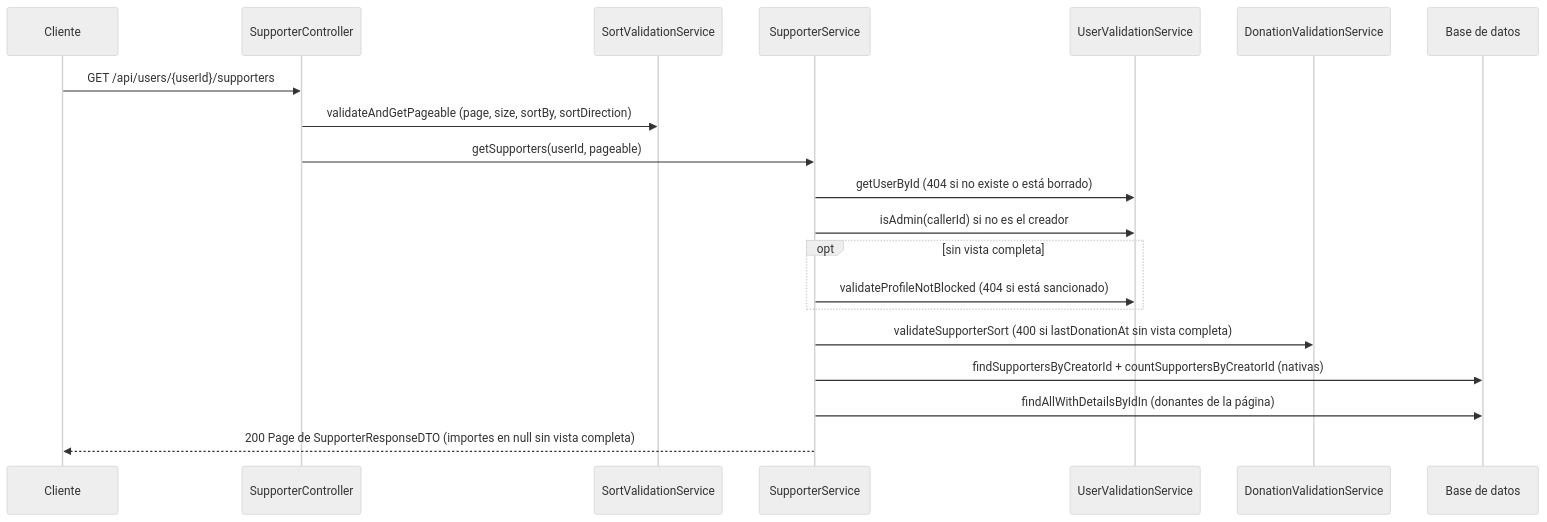
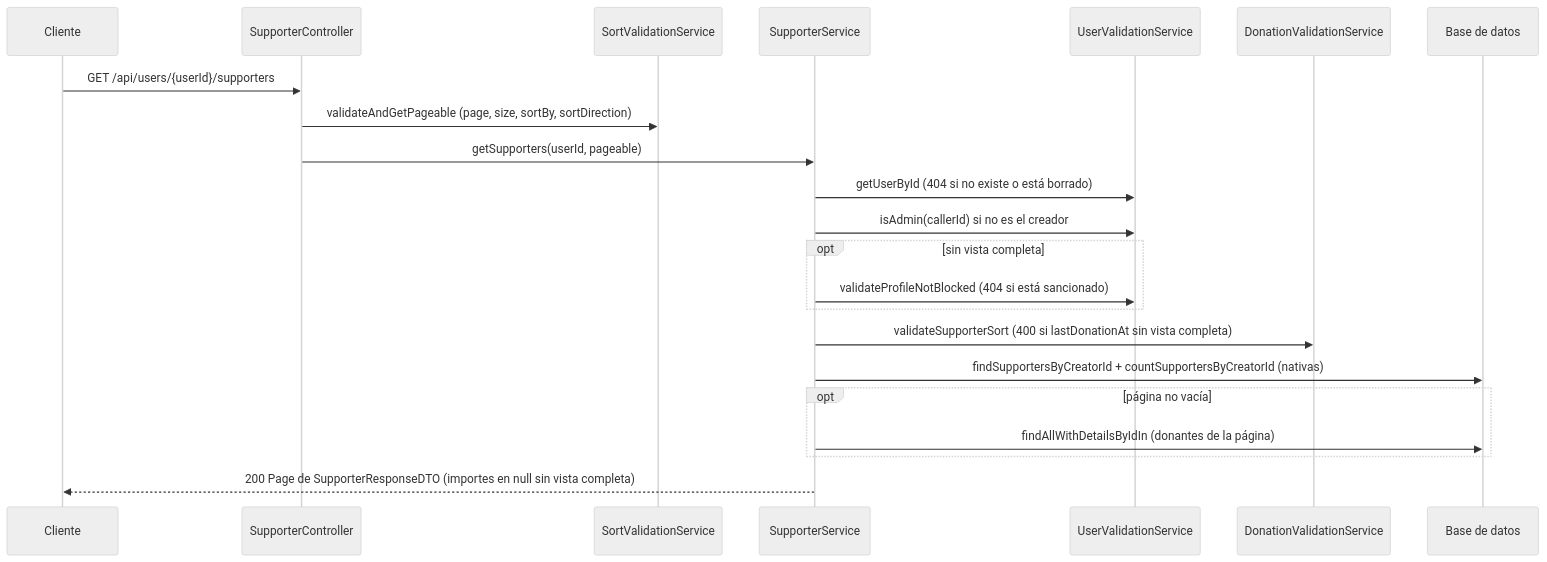
One commit to joseph517/vapati changed the fourth of 4 diagrams in docs/arquitectura/dominios/donation.md. Above: the diagram before and after it, drawn with Mermaid (neutral theme). The commit also changed other lines of this file and 5 other files, not shown here.

Commit message:
docs: Align architecture docs with public supporters route and controller rule

````diff
--- a/docs/arquitectura/dominios/donation.md
+++ b/docs/arquitectura/dominios/donation.md
@@ -627,22 +627,24 @@
 ```mermaid
 sequenceDiagram
     participant C as Cliente
     participant SC as SupporterController
     participant SV as SortValidationService
     participant S as SupporterService
     participant UV as UserValidationService
     participant DV as DonationValidationService
     participant DB as Base de datos
     C->>SC: GET /api/users/{userId}/supporters
     SC->>SV: validateAndGetPageable (page, size, sortBy, sortDirection)
     SC->>S: getSupporters(userId, pageable)
     S->>UV: getUserById (404 si no existe o está borrado)
     S->>UV: isAdmin(callerId) si no es el creador
     opt sin vista completa
         S->>UV: validateProfileNotBlocked (404 si está sancionado)
     end
     S->>DV: validateSupporterSort (400 si lastDonationAt sin vista completa)
     S->>DB: findSupportersByCreatorId + countSupportersByCreatorId (nativas)
-    S->>DB: findAllWithDetailsByIdIn (donantes de la página)
+    opt página no vacía
+        S->>DB: findAllWithDetailsByIdIn (donantes de la página)
+    end
     S-->>C: 200 Page de SupporterResponseDTO (importes en null sin vista completa)
 ```
````
